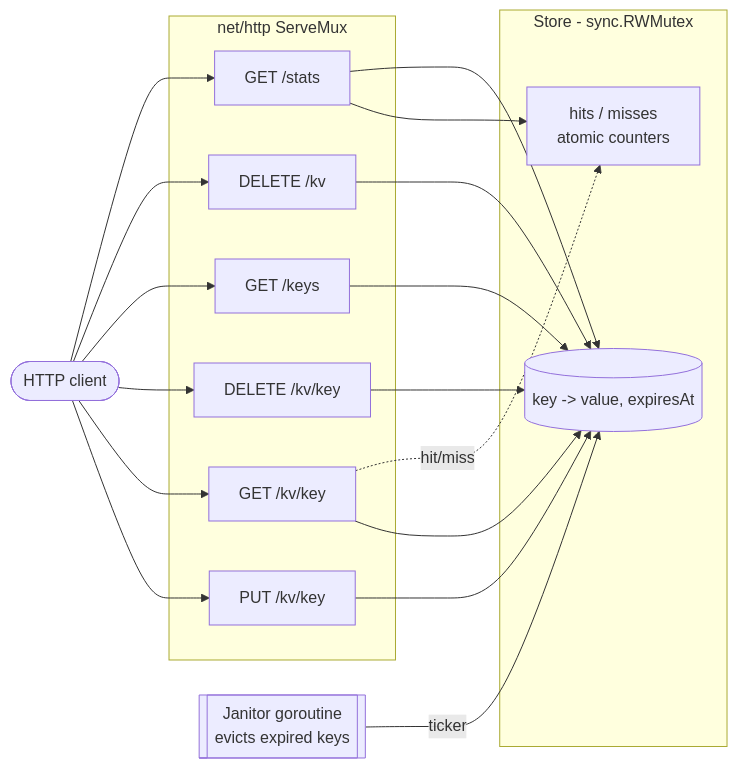
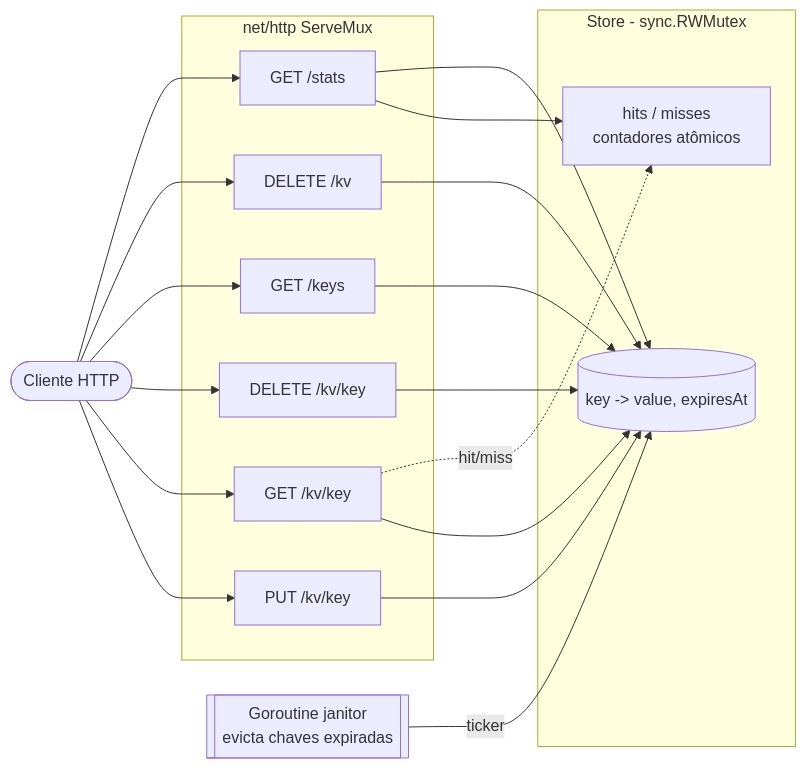
The diagram in README.md (geoggrigori/ttlcache), drawn with Mermaid before and after one commit. The commit also changed other lines of this file, not shown here.

````diff
--- a/README.md
+++ b/README.md
@@ -27,30 +52,30 @@
 ```mermaid
 flowchart LR
-    client([HTTP client])
+    client([Cliente HTTP])
 
     subgraph srv[net/http ServeMux]
         put[PUT /kv/key]
         get[GET /kv/key]
         del[DELETE /kv/key]
         keys[GET /keys]
         flush[DELETE /kv]
         stats[GET /stats]
     end
 
     subgraph store[Store - sync.RWMutex]
         m[(key -> value, expiresAt)]
-        counters[hits / misses<br/>atomic counters]
+        counters[hits / misses<br/>contadores atômicos]
     end
 
-    janitor[[Janitor goroutine<br/>evicts expired keys]]
+    janitor[[Goroutine janitor<br/>evicta chaves expiradas]]
 
     client --> put --> m
     client --> get --> m
     get -. hit/miss .-> counters
     client --> del --> m
     client --> keys --> m
     client --> flush --> m
     client --> stats --> counters
     stats --> m
     janitor -- ticker --> m
 ```
````
